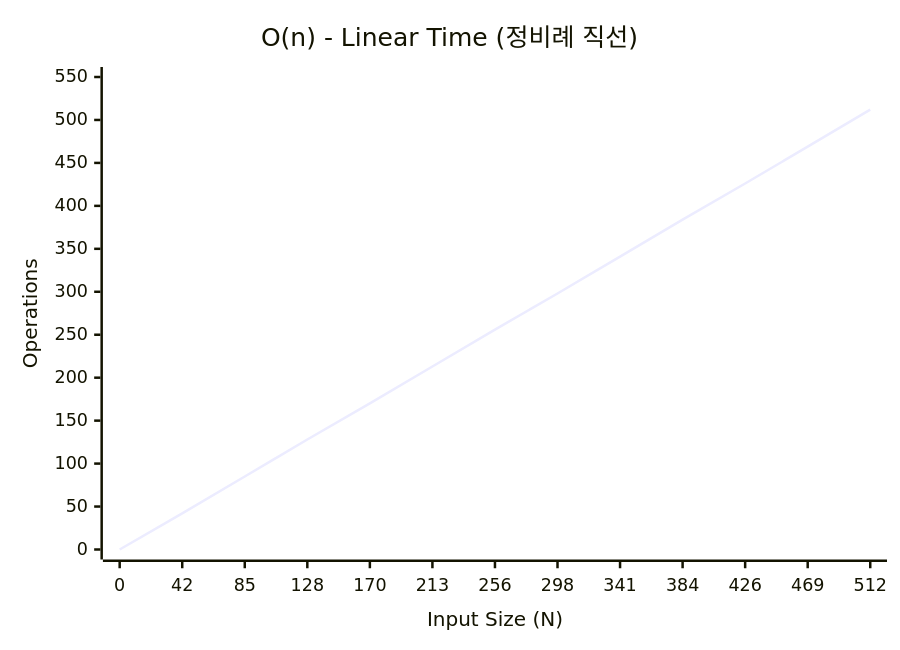
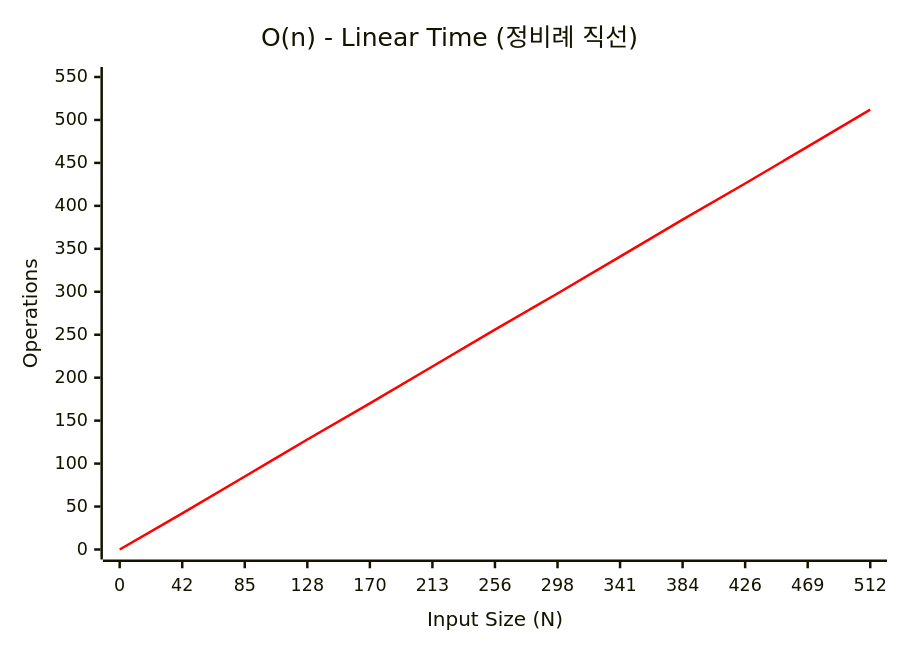
The third of 6 diagrams in 01_inbox/algorithm/00_fundamentals/complexity-and-big-o.md (youngmin-gwon/what-i-studied), drawn with Mermaid before and after one commit. The commit also changed other lines of this file and 188 other files, not shown here.

````diff
--- a/01_inbox/algorithm/00_fundamentals/complexity-and-big-o.md
+++ b/01_inbox/algorithm/00_fundamentals/complexity-and-big-o.md
@@ -74,7 +76,8 @@
 ```mermaid
+%%{init: {'theme':'base', 'themeVariables': { 'xyChart': {'backgroundColor': 'transparent', 'plotColorPalette': '#FF0000'}}}}%%
 xychart-beta
     title "O(n) - Linear Time (정비례 직선)"
     x-axis "Input Size (N)" [0, 42, 85, 128, 170, 213, 256, 298, 341, 384, 426, 469, 512]
     y-axis "Operations" 0 --> 550
     line "O(n)" [0, 42, 85, 128, 170, 213, 256, 298, 341, 384, 426, 469, 512]
 ```
````
